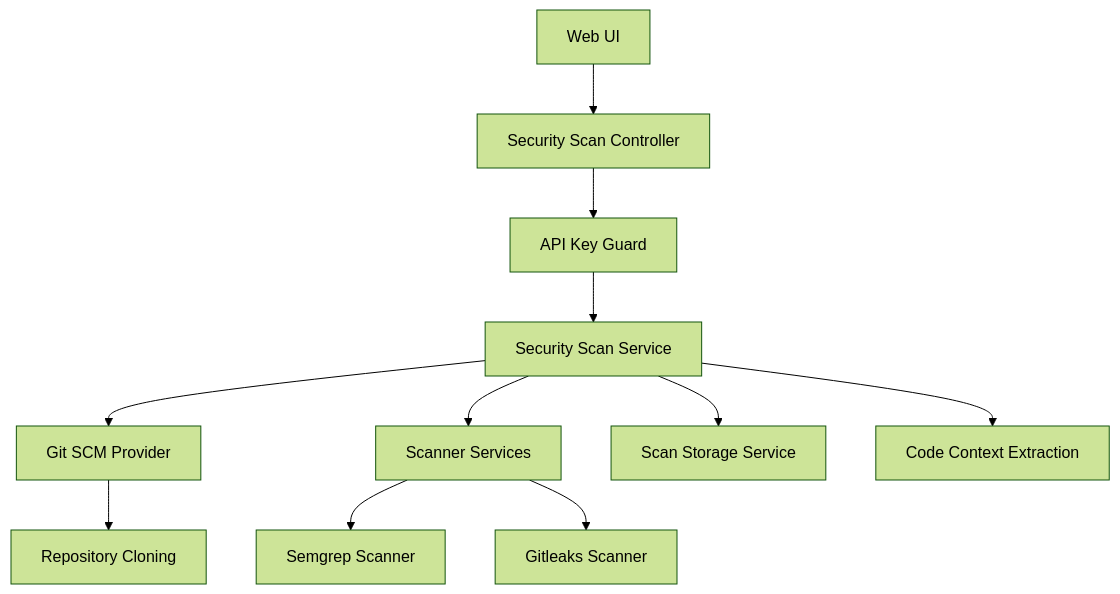
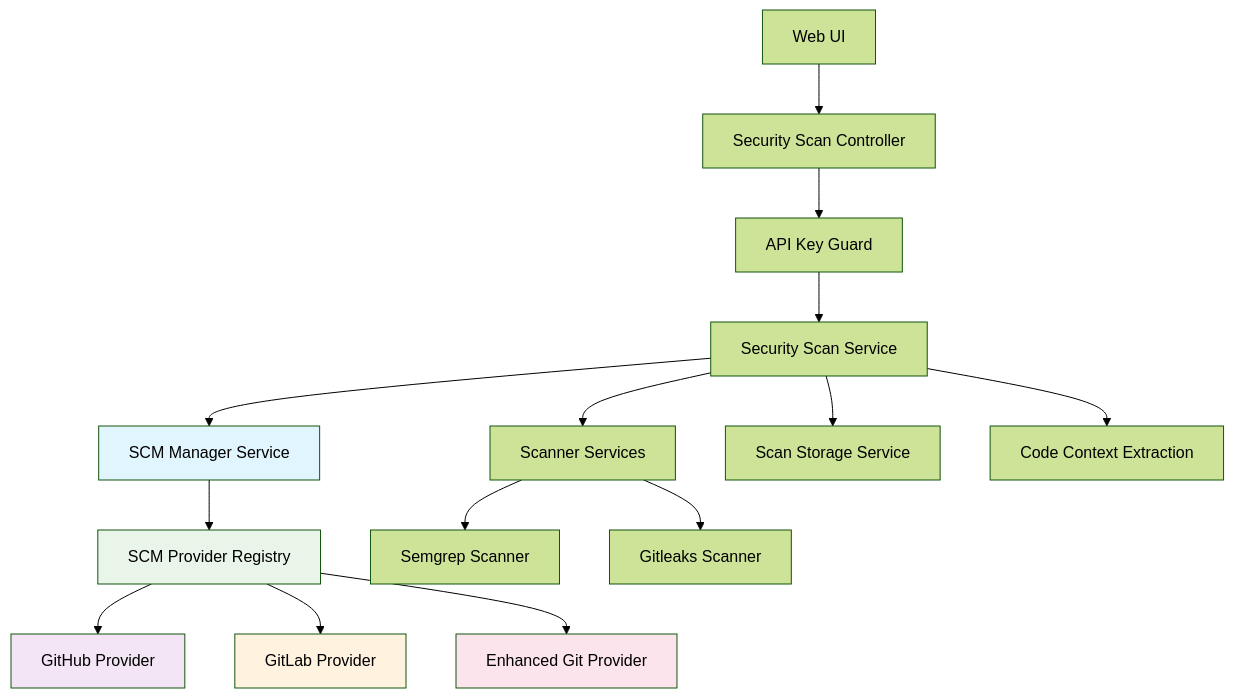
The first of 2 diagrams in README.md (dimitrity/repo-security-scanner), drawn with Mermaid (forest theme) before and after one commit. The commit also changed other lines of this file and 5 other files, not shown here.

````diff
--- a/README.md
+++ b/README.md
@@ -501,13 +553,22 @@
 ```mermaid
 graph TD
     A[Web UI] --> B[Security Scan Controller]
     B --> C[API Key Guard]
     C --> D[Security Scan Service]
-    D --> E[Git SCM Provider]
-    D --> F[Scanner Services]
-    D --> G[Scan Storage Service]
-    E --> H[Repository Cloning]
-    F --> I[Semgrep Scanner]
-    F --> J[Gitleaks Scanner]
-    D --> K[Code Context Extraction]
+    D --> E[SCM Manager Service]
+    E --> F[SCM Provider Registry]
+    F --> G[GitHub Provider]
+    F --> H[GitLab Provider] 
+    F --> I[Enhanced Git Provider]
+    D --> J[Scanner Services]
+    D --> K[Scan Storage Service]
+    J --> L[Semgrep Scanner]
+    J --> M[Gitleaks Scanner]
+    D --> N[Code Context Extraction]
+    
+    style E fill:#e1f5fe
+    style F fill:#e8f5e8
+    style G fill:#f3e5f5
+    style H fill:#fff3e0
+    style I fill:#fce4ec
 ```
````
